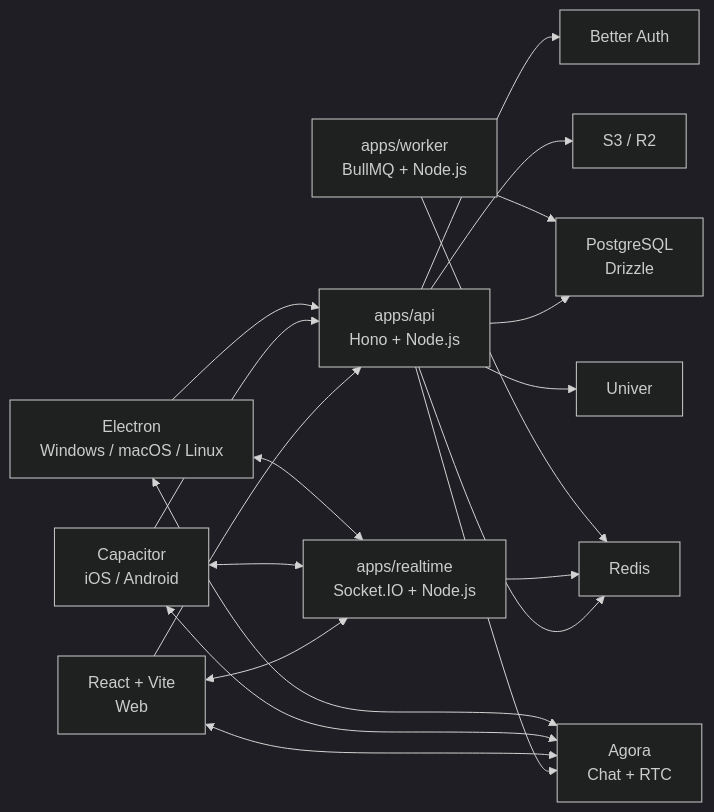
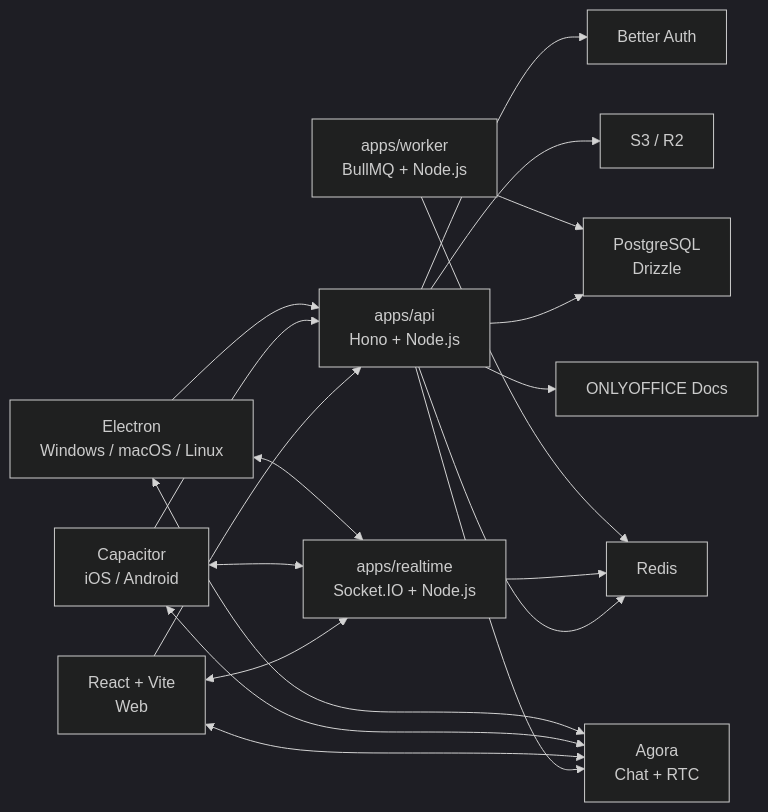
Before and after one commit to zomeru/lumo: the first of 3 diagrams in docs/5_WHY_HONO?.md, drawn with Mermaid (dark theme). The commit also changed other lines of this file and 103 other files, not shown here.

````diff
--- a/docs/5_WHY_HONO?.md
+++ b/docs/5_WHY_HONO?.md
@@ -40,40 +42,40 @@
 ```mermaid
 flowchart LR
     WEB["React + Vite<br/>Web"]
     MOBILE["Capacitor<br/>iOS / Android"]
     DESKTOP["Electron<br/>Windows / macOS / Linux"]
 
     API["apps/api<br/>Hono + Node.js"]
     RT["apps/realtime<br/>Socket.IO + Node.js"]
     WORKER["apps/worker<br/>BullMQ + Node.js"]
 
     AUTH["Better Auth"]
     DB["PostgreSQL<br/>Drizzle"]
     REDIS["Redis"]
     S3["S3 / R2"]
     AGORA["Agora<br/>Chat + RTC"]
-    UNIVER["Univer"]
+    UNIVER["ONLYOFFICE Docs"]
 
     WEB --> API
     MOBILE --> API
     DESKTOP --> API
 
     WEB <--> RT
     MOBILE <--> RT
     DESKTOP <--> RT
 
     API --> AUTH
     API --> DB
     API --> REDIS
     API --> S3
     API --> AGORA
     API --> UNIVER
 
     RT --> REDIS
     WORKER --> REDIS
     WORKER --> DB
 
     WEB <--> AGORA
     MOBILE <--> AGORA
     DESKTOP <--> AGORA
 ```
````
